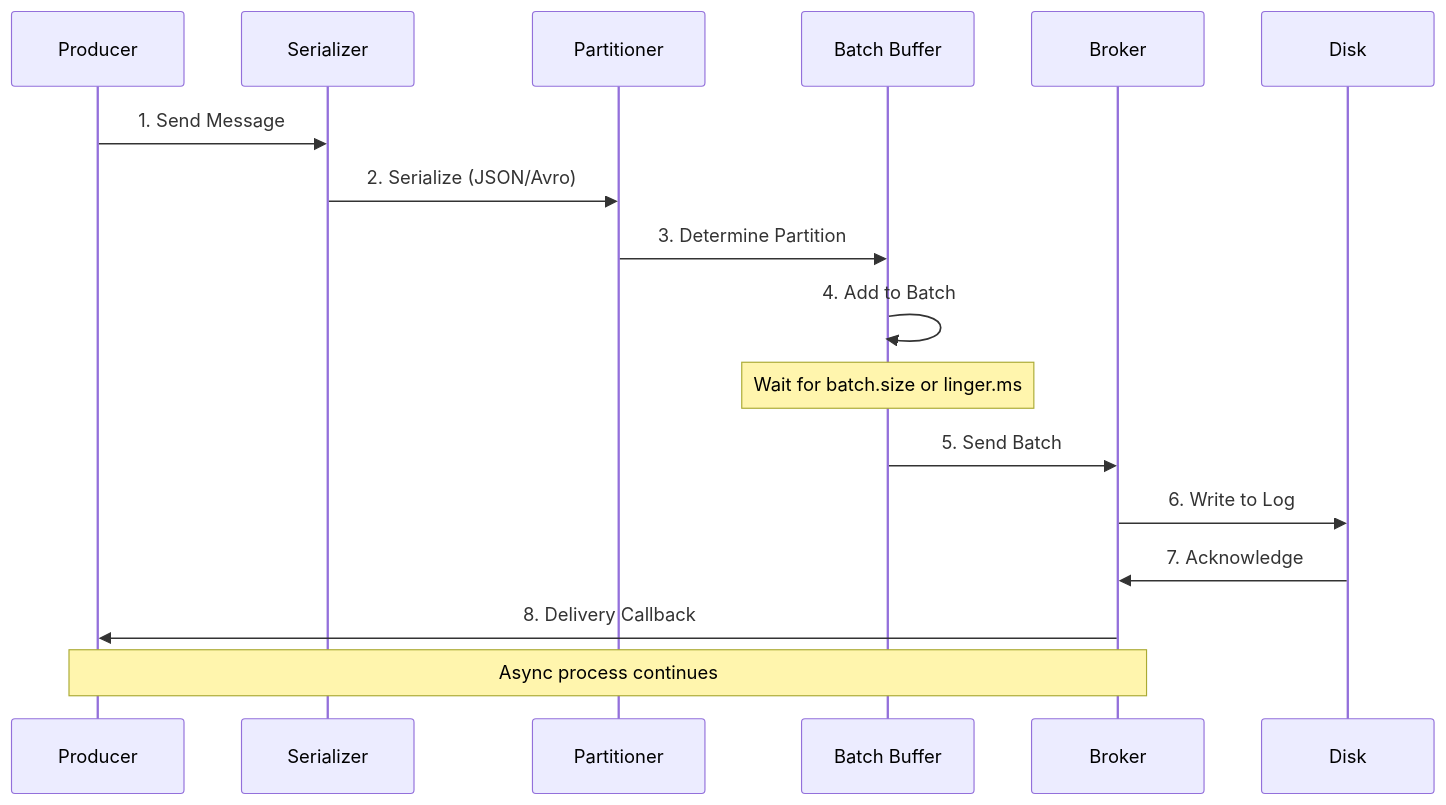
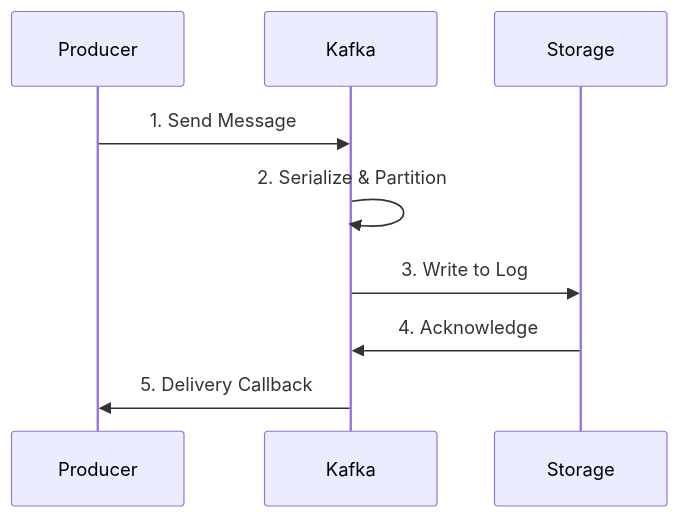
One commit to girijesh-ai/kafka-expert-bootcamp changed the fourth of 5 diagrams in week-1-fundamentals/theory/01-kafka-architecture.md. Above: the diagram before and after it, drawn with Mermaid. The commit also changed other lines of this file, not shown here.

Commit message:
Fixed theory content: balanced written explanations with simple diagrams

````diff
--- a/week-1-fundamentals/theory/01-kafka-architecture.md
+++ b/week-1-fundamentals/theory/01-kafka-architecture.md
@@ -217,23 +143,8 @@
 ```mermaid
 sequenceDiagram
-    participant P as Producer
-    participant S as Serializer
-    participant PT as Partitioner
-    participant B as Batch Buffer
-    participant BR as Broker
-    participant D as Disk
-
-    P->>S: 1. Send Message
-    S->>PT: 2. Serialize (JSON/Avro)
-    PT->>B: 3. Determine Partition
-    B->>B: 4. Add to Batch
-
-    Note over B: Wait for batch.size or linger.ms
-
-    B->>BR: 5. Send Batch
-    BR->>D: 6. Write to Log
-    D->>BR: 7. Acknowledge
-    BR->>P: 8. Delivery Callback
-
-    Note over P,BR: Async process continues
+    Producer->>Kafka: 1. Send Message
+    Kafka->>Kafka: 2. Serialize & Partition
+    Kafka->>Storage: 3. Write to Log
+    Storage->>Kafka: 4. Acknowledge
+    Kafka->>Producer: 5. Delivery Callback
 ```
````
